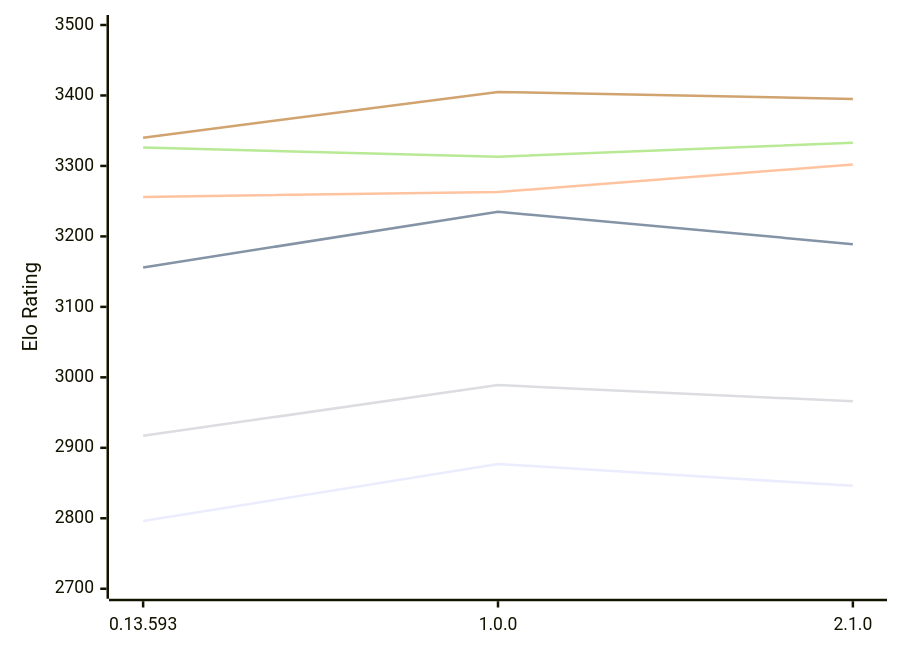
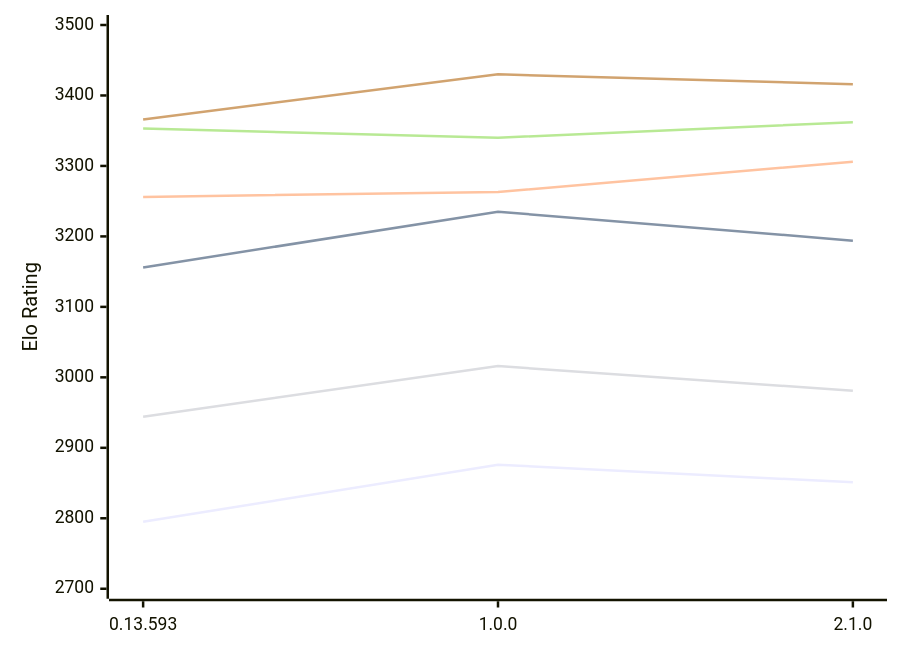
One commit to computer-chess-index/cci changed the diagram in engines/Pawnstar.md. Above: the diagram before and after it, drawn with Mermaid. The commit also changed other lines of this file, not shown here.

Commit message:
Update CCI Ratings (ELO VLTC) - 2026-11-04

````diff
--- a/engines/Pawnstar.md
+++ b/engines/Pawnstar.md
@@ -51,12 +51,12 @@
 ```mermaid
 %%{init: {"theme":"base","themeVariables":{"seriesColors:['#a3a3a3','#222221','#faa371']}}}%%
 xychart-beta
   x-axis ["0.13.593", "1.0.0", "2.1.0"]
   y-axis "Elo Rating" 2700 --> 3500
-  line "E1: STC (8.0+0.08s)" [2796, 2877, 2846]
-  line "E1: LTC (60.0+0.60s)" [3156, 3235, 3189]
-  line "E1: VLTC (2m24s+1.12s)" [3256, 3263, 3302]
-  line "P1: STC (8.0+0.08s)" [2917, 2989, 2966]
-  line "P1: LTC (60.0+0.60s)" [3326, 3313, 3333]
-  line "P1: VLTC (2m24s+1.12s)" [3340, 3405, 3395]
+  line "E1: STC (8.0+0.08s)" [2795, 2876, 2851]
+  line "E1: LTC (60.0+0.60s)" [3156, 3235, 3194]
+  line "E1: VLTC (2m24s+1.12s)" [3256, 3263, 3306]
+  line "P1: STC (8.0+0.08s)" [2944, 3016, 2981]
+  line "P1: LTC (60.0+0.60s)" [3353, 3340, 3362]
+  line "P1: VLTC (2m24s+1.12s)" [3366, 3430, 3416]
 ```
````
